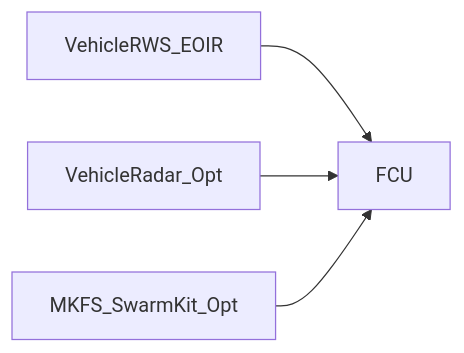
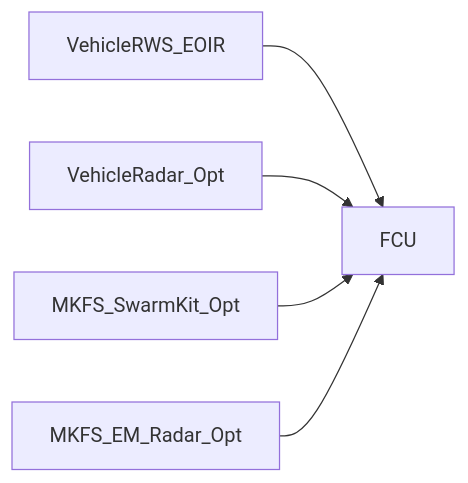
One commit to FratresMedAI/MFKS-Kinetic-Cloud changed the diagram in docs/ICD_SENSOR_INTEGRATION.md. Above: the diagram before and after it, drawn with Mermaid. The commit also changed other lines of this file and 7 other files, not shown here.

````diff
--- a/docs/ICD_SENSOR_INTEGRATION.md
+++ b/docs/ICD_SENSOR_INTEGRATION.md
@@ -12,10 +12,12 @@
 ```mermaid
 flowchart LR
   RWS[VehicleRWS_EOIR]
   RAD[VehicleRadar_Opt]
   SWARM[MKFS_SwarmKit_Opt]
+  EMRAD[MKFS_EM_Radar_Opt]
   FCU[FCU]
   RWS --> FCU
   RAD --> FCU
   SWARM --> FCU
+  EMRAD --> FCU
 ```
````
